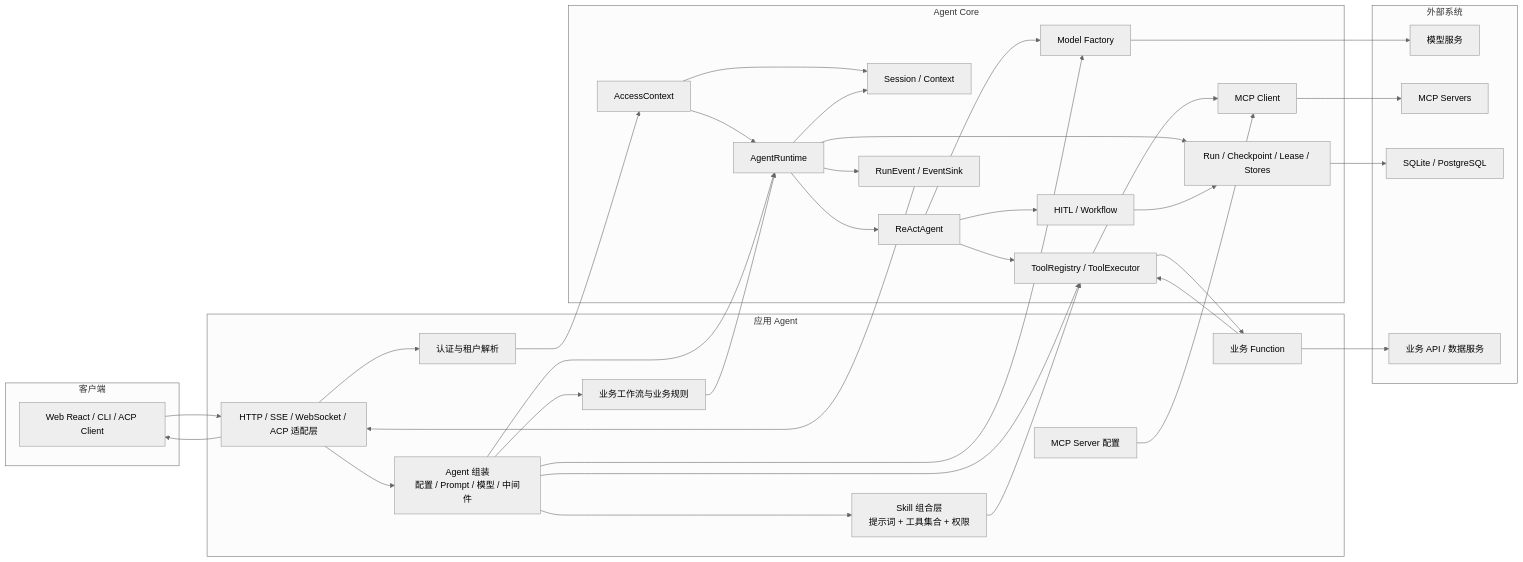
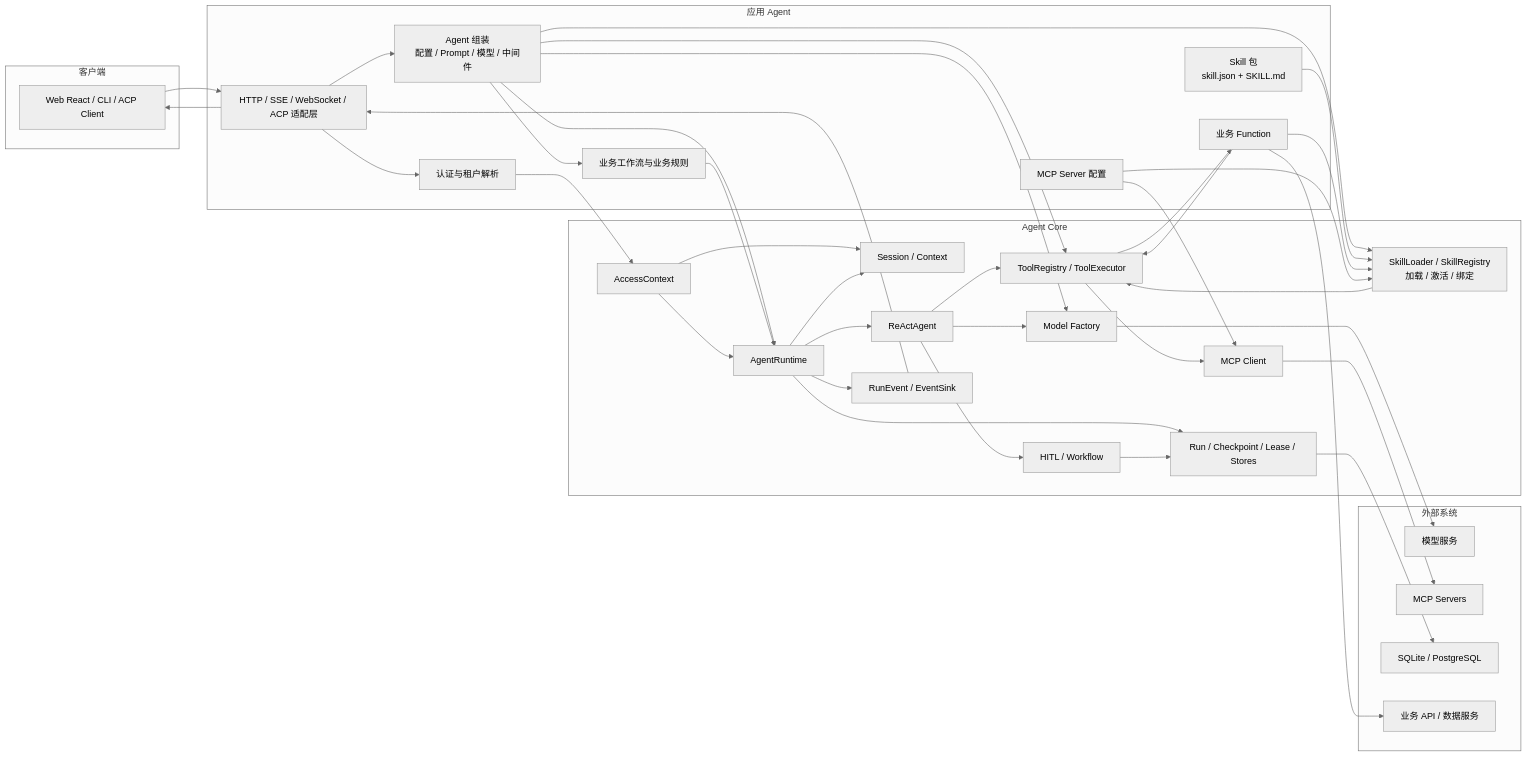
The second of 4 diagrams in docs/ARCHITECTURE.md (qiuzixu/agent-core), drawn with Mermaid (neutral theme) before and after one commit. The commit also changed other lines of this file and 10 other files, not shown here.

````diff
--- a/docs/ARCHITECTURE.md
+++ b/docs/ARCHITECTURE.md
@@ -103,70 +107,74 @@
 ```mermaid
 flowchart LR
     subgraph CLIENT["客户端"]
         WEB["Web React / CLI / ACP Client"]
     end
 
     subgraph APP["应用 Agent"]
         API["HTTP / SSE / WebSocket / ACP 适配层"]
         AUTH["认证与租户解析"]
         ASSEMBLY["Agent 组装<br/>配置 / Prompt / 模型 / 中间件"]
         BUSINESS["业务工作流与业务规则"]
-        SKILLS["Skill 组合层<br/>提示词 + 工具集合 + 权限"]
+        SKILLPACKS["Skill 包<br/>skill.json + SKILL.md"]
         LOCAL["业务 Function"]
         MCPCONFIG["MCP Server 配置"]
     end
 
     subgraph CORE["Agent Core"]
         ACCESSCTX["AccessContext"]
         SESSIONS["Session / Context"]
         AGENTRUNTIME["AgentRuntime"]
         LOOP["ReActAgent"]
         MODELFACTORY["Model Factory"]
+        SKILLENGINE["SkillLoader / SkillRegistry<br/>加载 / 激活 / 绑定"]
         TOOLING["ToolRegistry / ToolExecutor"]
         MCPCLIENT["MCP Client"]
         APPROVAL["HITL / Workflow"]
         PERSIST["Run / Checkpoint / Lease / Stores"]
         EVENTS["RunEvent / EventSink"]
     end
 
     subgraph EXTERNAL["外部系统"]
         LLM["模型服务"]
         MCPSERVER["MCP Servers"]
         DBS["SQLite / PostgreSQL"]
         SERVICES["业务 API / 数据服务"]
     end
 
     WEB --> API
     API --> AUTH
     AUTH --> ACCESSCTX
     API --> ASSEMBLY
     ASSEMBLY --> BUSINESS
-    ASSEMBLY --> SKILLS
+    ASSEMBLY --> SKILLENGINE
     ASSEMBLY --> MODELFACTORY
     ASSEMBLY --> TOOLING
     ASSEMBLY --> AGENTRUNTIME
 
     BUSINESS --> AGENTRUNTIME
-    SKILLS --> TOOLING
+    SKILLPACKS --> SKILLENGINE
+    SKILLENGINE --> TOOLING
+    LOCAL --> SKILLENGINE
+    MCPCONFIG --> SKILLENGINE
     LOCAL --> TOOLING
     MCPCONFIG --> MCPCLIENT
 
     ACCESSCTX --> SESSIONS
     ACCESSCTX --> AGENTRUNTIME
     AGENTRUNTIME --> SESSIONS
     AGENTRUNTIME --> LOOP
     LOOP --> MODELFACTORY
     LOOP --> TOOLING
     LOOP --> APPROVAL
     MODELFACTORY --> LLM
     TOOLING --> LOCAL
     TOOLING --> MCPCLIENT
     MCPCLIENT --> MCPSERVER
     LOCAL --> SERVICES
     AGENTRUNTIME --> PERSIST
     APPROVAL --> PERSIST
     PERSIST --> DBS
     AGENTRUNTIME --> EVENTS
     EVENTS --> API
     API --> WEB
 ```
````
